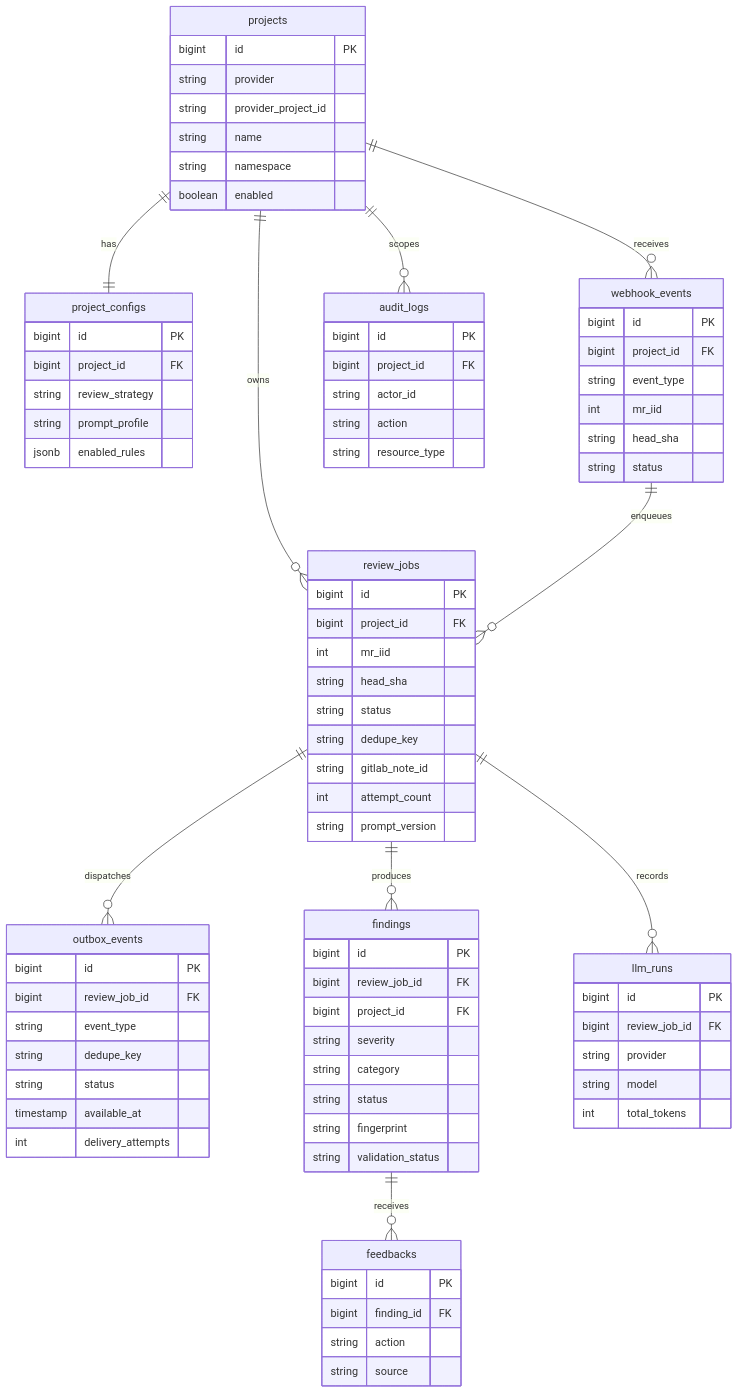
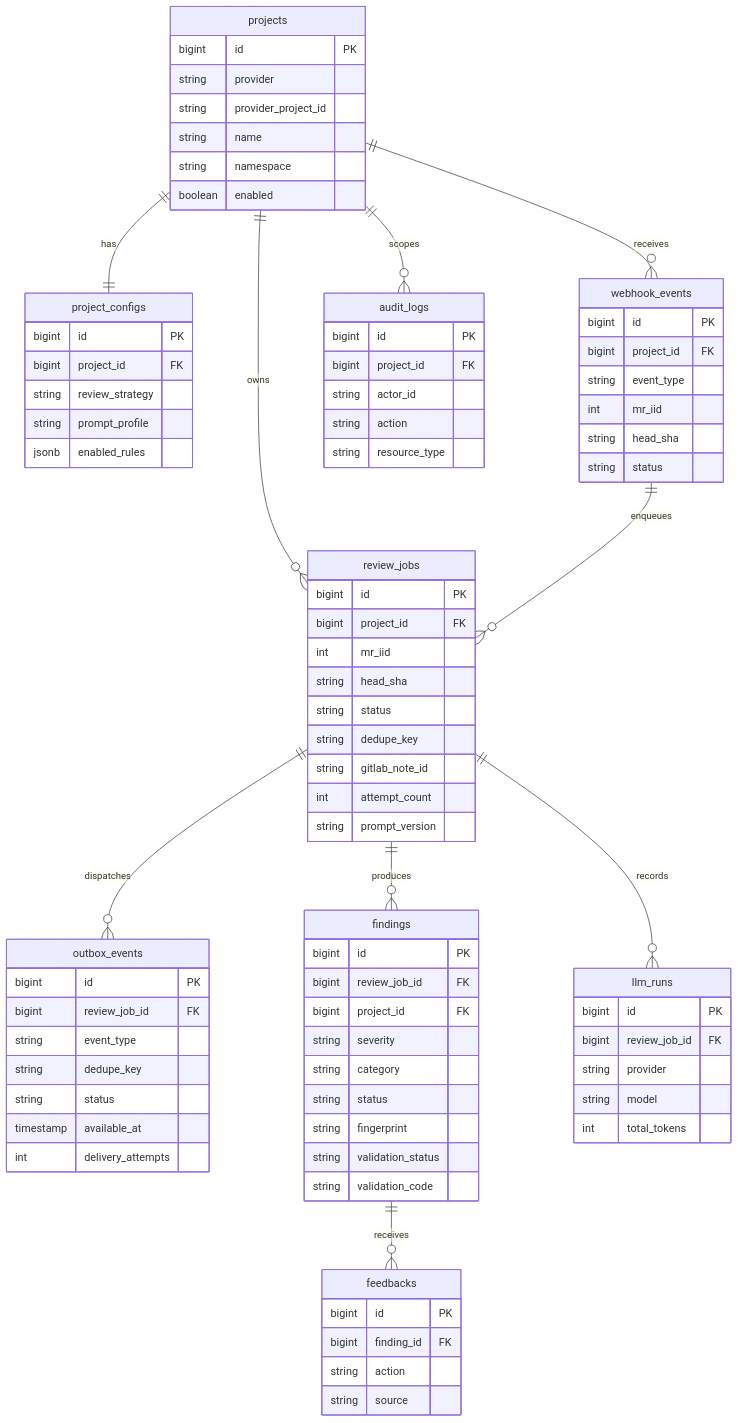
The diagram in mr-review-platform-design/DATABASE_API.md (hzc19970630/ai-code-review), drawn with Mermaid before and after one commit. The commit also changed other lines of this file and 64 other files, not shown here.

```diff
--- a/mr-review-platform-design/DATABASE_API.md
+++ b/mr-review-platform-design/DATABASE_API.md
@@ -483,6 +497,7 @@
         string status
         string fingerprint
         string validation_status
+        string validation_code
     }
 
     feedbacks {
```
